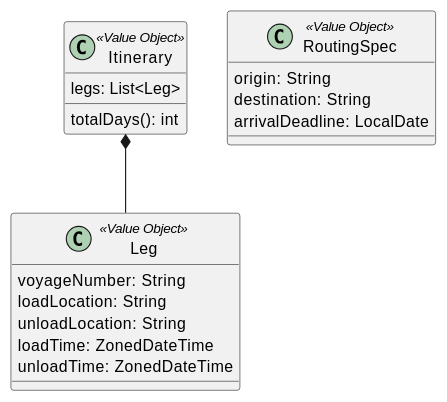
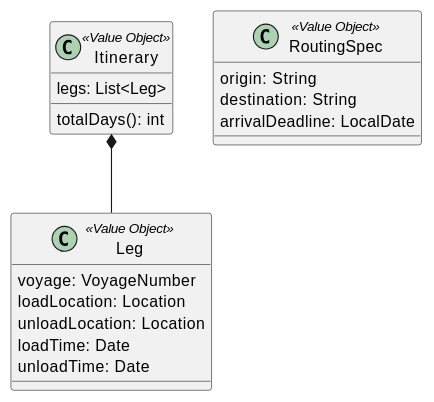
The fourth of 8 diagrams in docs/development/iteration_plan-2.md (k2works/case-study-cargo-tracker), drawn with PlantUML before and after one commit. The commit also changed other lines of this file, not shown here.

````diff
--- a/docs/development/iteration_plan-2.md
+++ b/docs/development/iteration_plan-2.md
@@ -254,24 +268,24 @@
 ```plantuml
 @startuml
 class Itinerary <<Value Object>> {
     legs: List<Leg>
     totalDays(): int
 }
 
 class Leg <<Value Object>> {
-    voyageNumber: String
-    loadLocation: String
-    unloadLocation: String
-    loadTime: ZonedDateTime
-    unloadTime: ZonedDateTime
+    voyage: VoyageNumber
+    loadLocation: Location
+    unloadLocation: Location
+    loadTime: Date
+    unloadTime: Date
 }
 
 class RoutingSpec <<Value Object>> {
     origin: String
     destination: String
     arrivalDeadline: LocalDate
 }
 
 Itinerary *-- Leg
 @enduml
 ```
````
